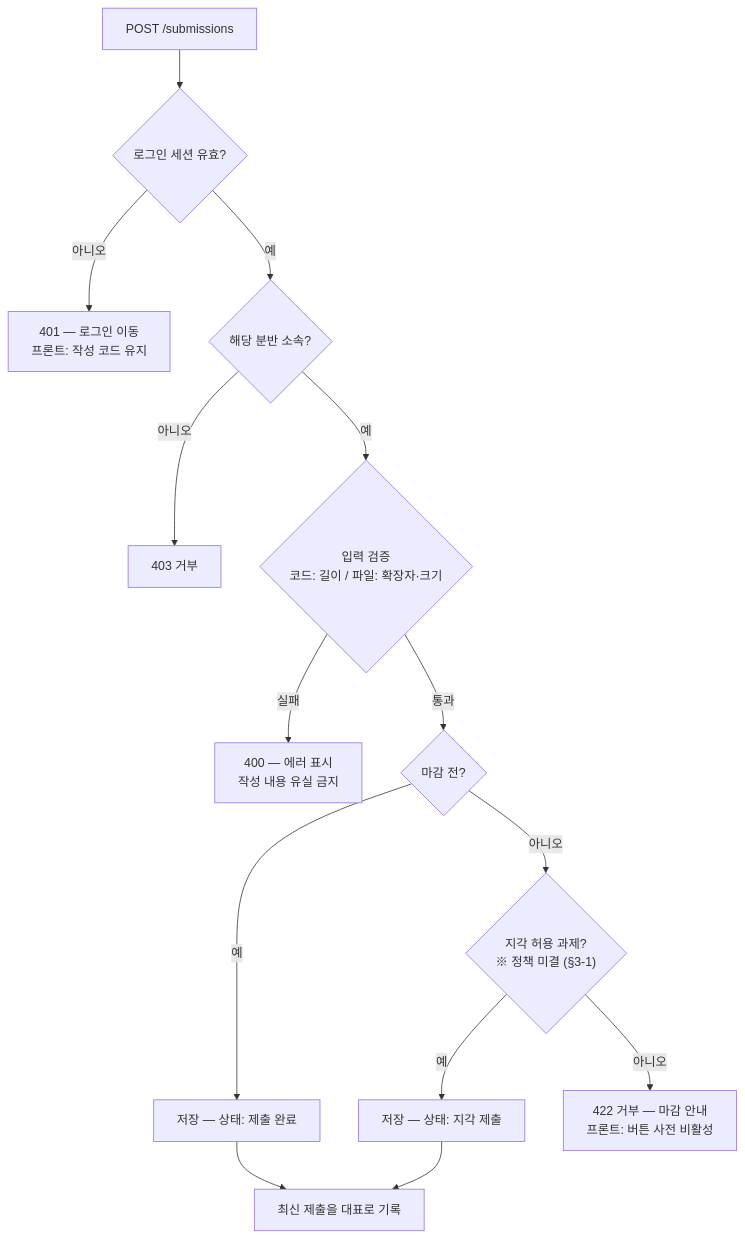
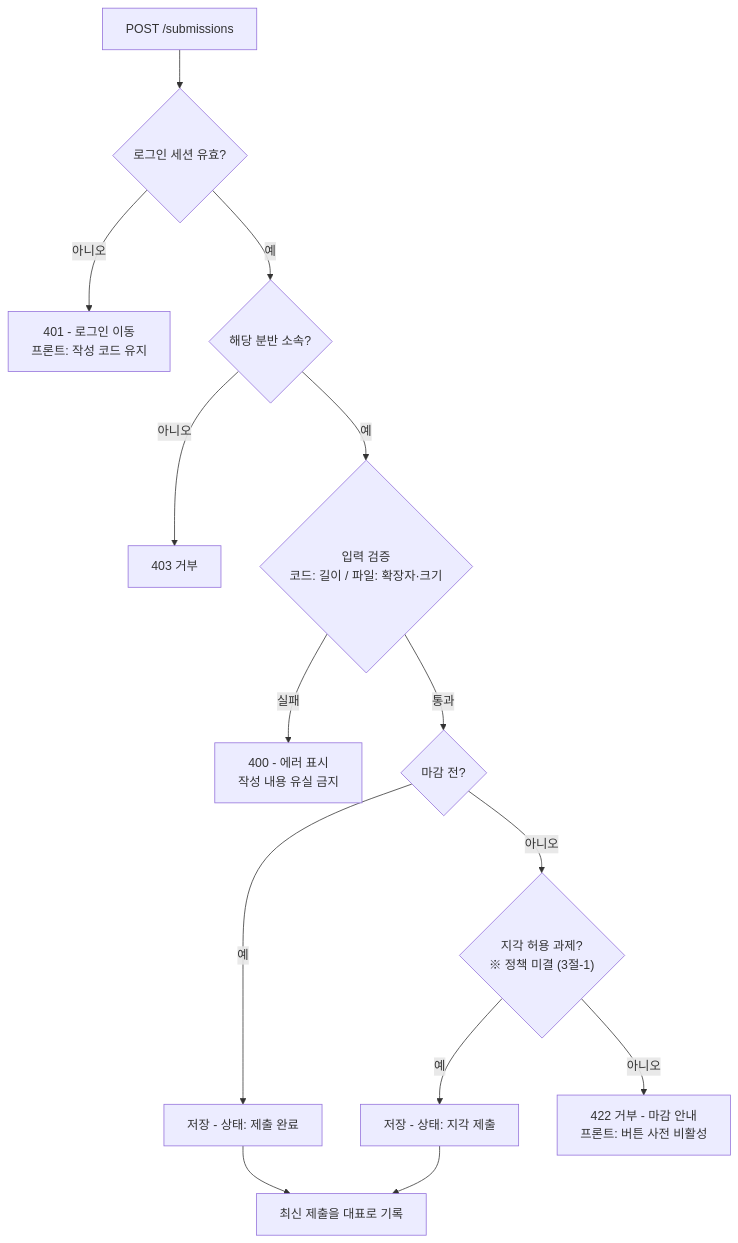
The second of 3 diagrams in docs/flows-and-usecases.md (KNU-HAEDAL-Website-v3/haedal-online-judge-docs), drawn with Mermaid before and after one commit. The commit also changed other lines of this file and 15 other files, not shown here.

````diff
--- a/docs/flows-and-usecases.md
+++ b/docs/flows-and-usecases.md
@@ -45,16 +45,16 @@
 ```mermaid
 flowchart TD
     A["POST /submissions"] --> B{"로그인 세션 유효?"}
-    B -->|아니오| X1["401 — 로그인 이동\n프론트: 작성 코드 유지"]
+    B -->|아니오| X1["401 - 로그인 이동\n프론트: 작성 코드 유지"]
     B -->|예| C{"해당 분반 소속?"}
     C -->|아니오| X2["403 거부"]
     C -->|예| D{"입력 검증\n코드: 길이 / 파일: 확장자·크기"}
-    D -->|실패| X3["400 — 에러 표시\n작성 내용 유실 금지"]
+    D -->|실패| X3["400 - 에러 표시\n작성 내용 유실 금지"]
     D -->|통과| E{"마감 전?"}
-    E -->|예| F["저장 — 상태: 제출 완료"]
-    E -->|아니오| G{"지각 허용 과제?\n※ 정책 미결 (§3-1)"}
-    G -->|예| H["저장 — 상태: 지각 제출"]
-    G -->|아니오| X4["422 거부 — 마감 안내\n프론트: 버튼 사전 비활성"]
+    E -->|예| F["저장 - 상태: 제출 완료"]
+    E -->|아니오| G{"지각 허용 과제?\n※ 정책 미결 (3절-1)"}
+    G -->|예| H["저장 - 상태: 지각 제출"]
+    G -->|아니오| X4["422 거부 - 마감 안내\n프론트: 버튼 사전 비활성"]
     F --> I["최신 제출을 대표로 기록"]
     H --> I
 ```
````
